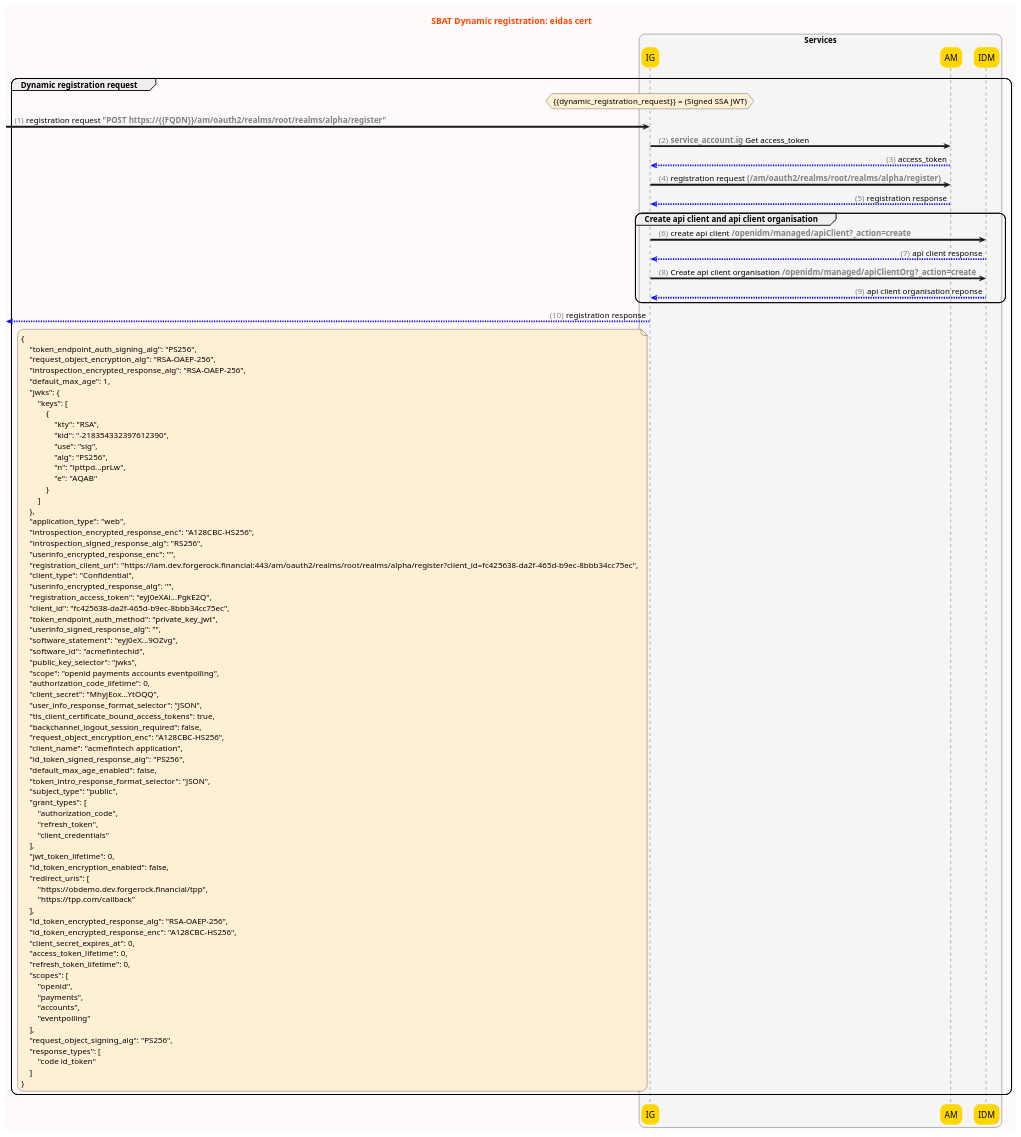
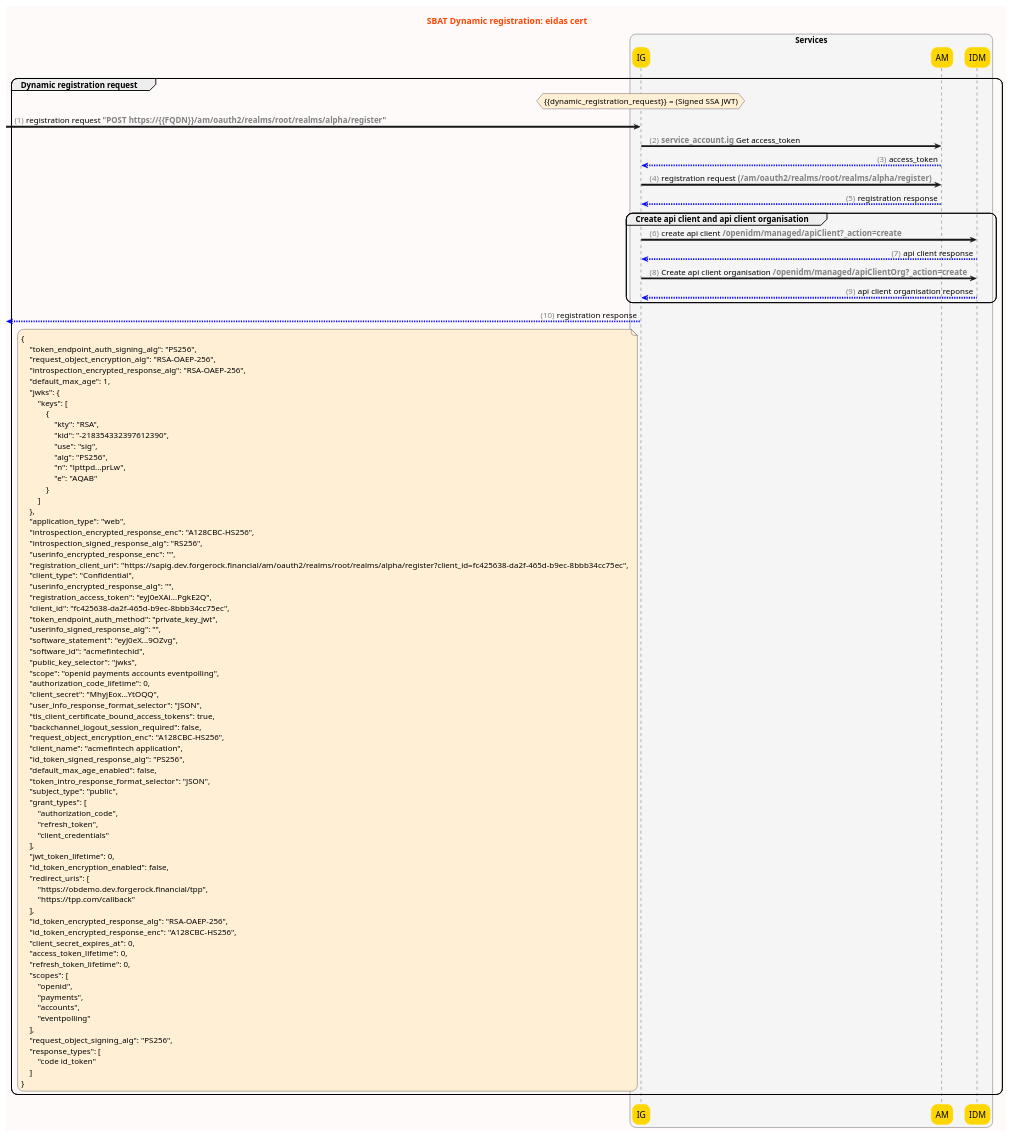
Before and after one commit to SecureApiGateway/secure-api-gateway-ob-uk-functional-tests: the diagram in docs/diagrams/sbat-dynamic-reg-eidas-cert.puml, drawn with PlantUML. The commit also changed 13 other files, not shown here.

```diff
--- a/docs/diagrams/sbat-dynamic-reg-eidas-cert.puml
+++ b/docs/diagrams/sbat-dynamic-reg-eidas-cert.puml
@@ -1,108 +1,108 @@
 @startuml
 title <font color=orangered>SBAT Dynamic registration: eidas cert
 ' config '
 skinparam backgroundColor #snow
 skinparam sequenceArrowThickness 3
 skinparam roundcorner 20
 skinparam sequenceMessageAlign direction
 skinparam sequence {
     ParticipantBorderColor gold
 }
 box "Services" #whitesmoke
     participant IG #gold
     participant AM #gold
     participant IDM #gold
 end box
 
 autonumber "<font color=grey>  (##)"
 
 group Dynamic registration request
     hnote over IG #papayawhip
     {{dynamic_registration_request}} = (Signed SSA JWT)
     end hnote
     [-> IG: registration request **<font color=grey>"POST https://{{FQDN}}/am/oauth2/realms/root/realms/alpha/register"</font>**
     IG -> AM: **<font color=grey>service_account.ig</font>** Get access_token
     AM -[#0000FF]-> IG: access_token
     IG -> AM: registration request **<font color=grey>(/am/oauth2/realms/root/realms/alpha/register)</font>**
     AM -[#0000FF]-> IG: registration response
     group Create api client and api client organisation
         IG -> IDM: create api client **<font color=grey>/openidm/managed/apiClient?_action=create</font>**
         IDM -[#0000FF]-> IG: api client response
         IG -> IDM: Create api client organisation **<font color=grey>/openidm/managed/apiClientOrg?_action=create</font>**
         IDM -[#0000FF]-> IG: api client organisation reponse
     end group
     IG -[#0000FF]->[: registration response
     note left of IG #papayawhip
     {
         "token_endpoint_auth_signing_alg": "PS256",
         "request_object_encryption_alg": "RSA-OAEP-256",
         "introspection_encrypted_response_alg": "RSA-OAEP-256",
         "default_max_age": 1,
         "jwks": {
             "keys": [
                 {
                     "kty": "RSA",
                     "kid": "-218354332397612390",
                     "use": "sig",
                     "alg": "PS256",
                     "n": "lpttpd...prLw",
                     "e": "AQAB"
                 }
             ]
         },
         "application_type": "web",
         "introspection_encrypted_response_enc": "A128CBC-HS256",
         "introspection_signed_response_alg": "RS256",
         "userinfo_encrypted_response_enc": "",
-        "registration_client_uri": "https://iam.dev.forgerock.financial:443/am/oauth2/realms/root/realms/alpha/register?client_id=fc425638-da2f-465d-b9ec-8bbb34cc75ec",
+        "registration_client_uri": "https://sapig.dev.forgerock.financial/am/oauth2/realms/root/realms/alpha/register?client_id=fc425638-da2f-465d-b9ec-8bbb34cc75ec",
         "client_type": "Confidential",
         "userinfo_encrypted_response_alg": "",
         "registration_access_token": "eyJ0eXAi...PgkE2Q",
         "client_id": "fc425638-da2f-465d-b9ec-8bbb34cc75ec",
         "token_endpoint_auth_method": "private_key_jwt",
         "userinfo_signed_response_alg": "",
         "software_statement": "eyJ0eX...9OZvg",
         "software_id": "acmefintechid",
         "public_key_selector": "jwks",
         "scope": "openid payments accounts eventpolling",
         "authorization_code_lifetime": 0,
         "client_secret": "MhyjEox...YtOQQ",
         "user_info_response_format_selector": "JSON",
         "tls_client_certificate_bound_access_tokens": true,
         "backchannel_logout_session_required": false,
         "request_object_encryption_enc": "A128CBC-HS256",
         "client_name": "acmefintech application",
         "id_token_signed_response_alg": "PS256",
         "default_max_age_enabled": false,
         "token_intro_response_format_selector": "JSON",
         "subject_type": "public",
         "grant_types": [
             "authorization_code",
             "refresh_token",
             "client_credentials"
         ],
         "jwt_token_lifetime": 0,
         "id_token_encryption_enabled": false,
         "redirect_uris": [
             "https://obdemo.dev.forgerock.financial/tpp",
             "https://tpp.com/callback"
         ],
         "id_token_encrypted_response_alg": "RSA-OAEP-256",
         "id_token_encrypted_response_enc": "A128CBC-HS256",
         "client_secret_expires_at": 0,
         "access_token_lifetime": 0,
         "refresh_token_lifetime": 0,
         "scopes": [
             "openid",
             "payments",
             "accounts",
             "eventpolling"
         ],
         "request_object_signing_alg": "PS256",
         "response_types": [
             "code id_token"
         ]
     }
     end note
 end group
 @enduml
```
